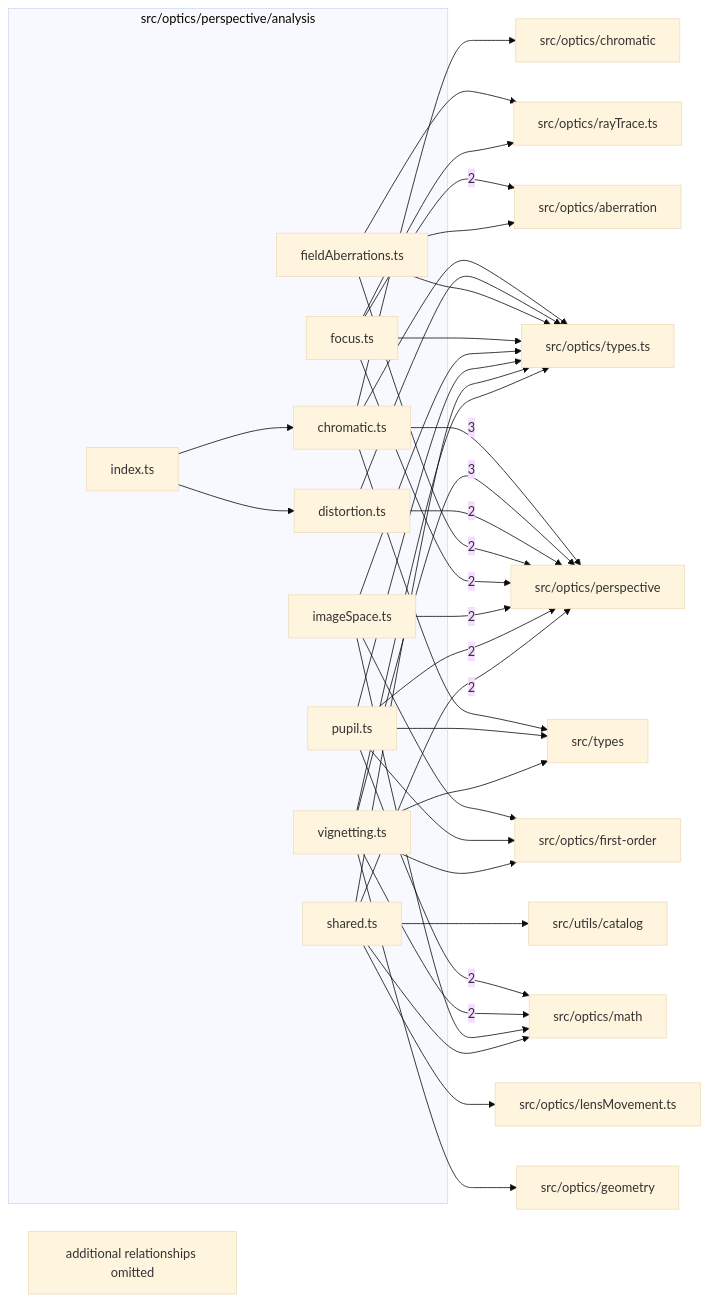
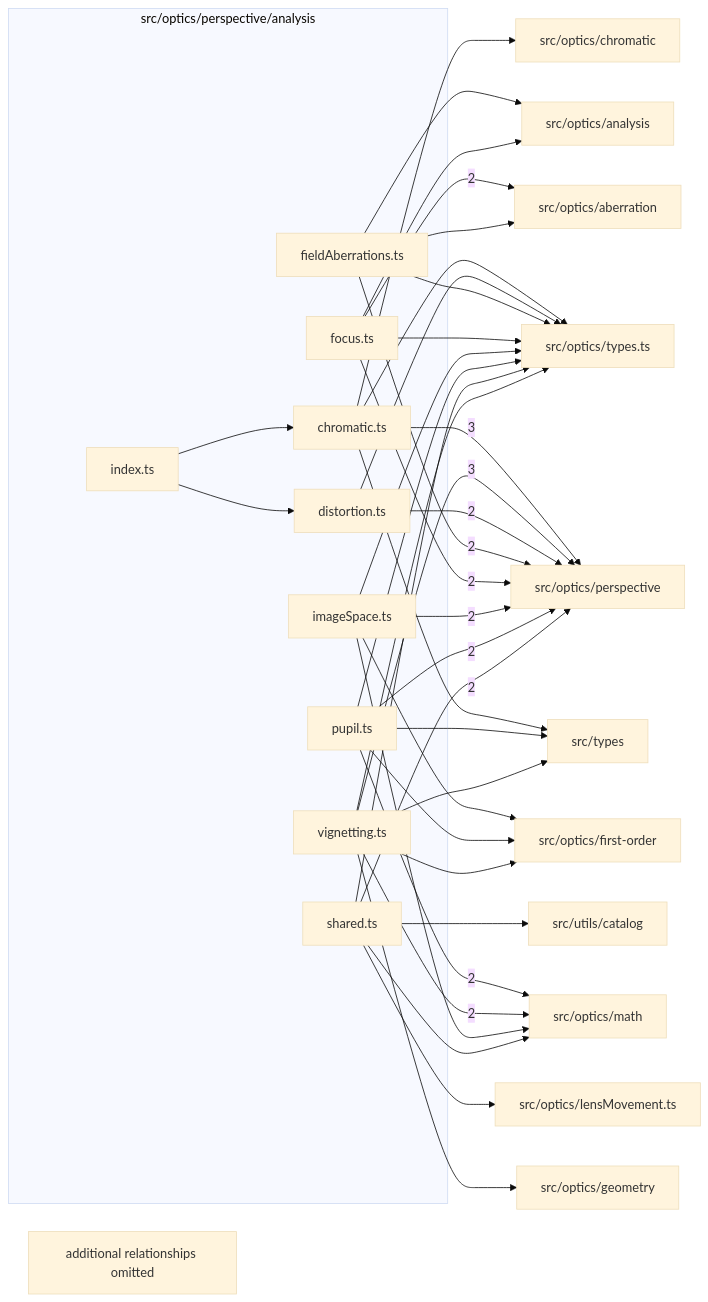
One commit to ronbuening/LensVisualizer changed the diagram in src/optics/perspective/analysis/readme.md. Above: the diagram before and after it, drawn with Mermaid (base theme). The commit also changed other lines of this file and 47 other files, not shown here.

````diff
--- a/src/optics/perspective/analysis/readme.md
+++ b/src/optics/perspective/analysis/readme.md
@@ -9,62 +9,62 @@
 ```mermaid
 flowchart LR
   subgraph n_src_optics_perspective_analysis["src/optics/perspective/analysis"]
     n_src_optics_perspective_analysis_src_optics_perspective_analysis_chromatic_ts["chromatic.ts"]
     n_src_optics_perspective_analysis_src_optics_perspective_analysis_distortion_ts["distortion.ts"]
     n_src_optics_perspective_analysis_src_optics_perspective_analysis_fieldAberrations_ts["fieldAberrations.ts"]
     n_src_optics_perspective_analysis_src_optics_perspective_analysis_focus_ts["focus.ts"]
     n_src_optics_perspective_analysis_src_optics_perspective_analysis_imageSpace_ts["imageSpace.ts"]
     n_src_optics_perspective_analysis_src_optics_perspective_analysis_index_ts["index.ts"]
     n_src_optics_perspective_analysis_src_optics_perspective_analysis_pupil_ts["pupil.ts"]
     n_src_optics_perspective_analysis_src_optics_perspective_analysis_shared_ts["shared.ts"]
     n_src_optics_perspective_analysis_src_optics_perspective_analysis_vignetting_ts["vignetting.ts"]
   end
   n_external_src_optics_perspective["src/optics/perspective"]
   n_external_src_optics_aberration["src/optics/aberration"]
   n_external_src_optics_math["src/optics/math"]
+  n_external_src_optics_analysis["src/optics/analysis"]
   n_external_src_optics_chromatic["src/optics/chromatic"]
   n_external_src_optics_first_order["src/optics/first-order"]
   n_external_src_optics_geometry["src/optics/geometry"]
   n_external_src_optics_lensMovement_ts["src/optics/lensMovement.ts"]
-  n_external_src_optics_rayTrace_ts["src/optics/rayTrace.ts"]
   n_external_src_optics_types_ts["src/optics/types.ts"]
   n_external_src_types["src/types"]
   n_external_src_utils_catalog["src/utils/catalog"]
   n_src_optics_perspective_analysis_src_optics_perspective_analysis_chromatic_ts --> |3| n_external_src_optics_perspective
   n_src_optics_perspective_analysis_src_optics_perspective_analysis_vignetting_ts --> |3| n_external_src_optics_perspective
   n_src_optics_perspective_analysis_src_optics_perspective_analysis_focus_ts --> |2| n_external_src_optics_aberration
   n_src_optics_perspective_analysis_src_optics_perspective_analysis_pupil_ts --> |2| n_external_src_optics_math
   n_src_optics_perspective_analysis_src_optics_perspective_analysis_vignetting_ts --> |2| n_external_src_optics_math
   n_src_optics_perspective_analysis_src_optics_perspective_analysis_distortion_ts --> |2| n_external_src_optics_perspective
   n_src_optics_perspective_analysis_src_optics_perspective_analysis_fieldAberrations_ts --> |2| n_external_src_optics_perspective
   n_src_optics_perspective_analysis_src_optics_perspective_analysis_focus_ts --> |2| n_external_src_optics_perspective
   n_src_optics_perspective_analysis_src_optics_perspective_analysis_imageSpace_ts --> |2| n_external_src_optics_perspective
   n_src_optics_perspective_analysis_src_optics_perspective_analysis_pupil_ts --> |2| n_external_src_optics_perspective
   n_src_optics_perspective_analysis_src_optics_perspective_analysis_shared_ts --> |2| n_external_src_optics_perspective
   n_src_optics_perspective_analysis_src_optics_perspective_analysis_fieldAberrations_ts --> n_external_src_optics_aberration
+  n_src_optics_perspective_analysis_src_optics_perspective_analysis_fieldAberrations_ts --> n_external_src_optics_analysis
+  n_src_optics_perspective_analysis_src_optics_perspective_analysis_focus_ts --> n_external_src_optics_analysis
   n_src_optics_perspective_analysis_src_optics_perspective_analysis_chromatic_ts --> n_external_src_optics_chromatic
   n_src_optics_perspective_analysis_src_optics_perspective_analysis_imageSpace_ts --> n_external_src_optics_first_order
   n_src_optics_perspective_analysis_src_optics_perspective_analysis_pupil_ts --> n_external_src_optics_first_order
   n_src_optics_perspective_analysis_src_optics_perspective_analysis_vignetting_ts --> n_external_src_optics_first_order
   n_src_optics_perspective_analysis_src_optics_perspective_analysis_vignetting_ts --> n_external_src_optics_geometry
   n_src_optics_perspective_analysis_src_optics_perspective_analysis_shared_ts --> n_external_src_optics_lensMovement_ts
   n_src_optics_perspective_analysis_src_optics_perspective_analysis_imageSpace_ts --> n_external_src_optics_math
   n_src_optics_perspective_analysis_src_optics_perspective_analysis_shared_ts --> n_external_src_optics_math
-  n_src_optics_perspective_analysis_src_optics_perspective_analysis_fieldAberrations_ts --> n_external_src_optics_rayTrace_ts
-  n_src_optics_perspective_analysis_src_optics_perspective_analysis_focus_ts --> n_external_src_optics_rayTrace_ts
   n_src_optics_perspective_analysis_src_optics_perspective_analysis_chromatic_ts --> n_external_src_optics_types_ts
   n_src_optics_perspective_analysis_src_optics_perspective_analysis_distortion_ts --> n_external_src_optics_types_ts
   n_src_optics_perspective_analysis_src_optics_perspective_analysis_fieldAberrations_ts --> n_external_src_optics_types_ts
   n_src_optics_perspective_analysis_src_optics_perspective_analysis_focus_ts --> n_external_src_optics_types_ts
   n_src_optics_perspective_analysis_src_optics_perspective_analysis_imageSpace_ts --> n_external_src_optics_types_ts
   n_src_optics_perspective_analysis_src_optics_perspective_analysis_pupil_ts --> n_external_src_optics_types_ts
   n_src_optics_perspective_analysis_src_optics_perspective_analysis_shared_ts --> n_external_src_optics_types_ts
   n_src_optics_perspective_analysis_src_optics_perspective_analysis_vignetting_ts --> n_external_src_optics_types_ts
   n_src_optics_perspective_analysis_src_optics_perspective_analysis_chromatic_ts --> n_external_src_types
   n_src_optics_perspective_analysis_src_optics_perspective_analysis_pupil_ts --> n_external_src_types
   n_src_optics_perspective_analysis_src_optics_perspective_analysis_vignetting_ts --> n_external_src_types
   n_src_optics_perspective_analysis_src_optics_perspective_analysis_shared_ts --> n_external_src_utils_catalog
   n_src_optics_perspective_analysis_src_optics_perspective_analysis_index_ts --> n_src_optics_perspective_analysis_src_optics_perspective_analysis_chromatic_ts
   n_src_optics_perspective_analysis_src_optics_perspective_analysis_index_ts --> n_src_optics_perspective_analysis_src_optics_perspective_analysis_distortion_ts
   n_src_optics_perspective_analysis_truncated["additional relationships omitted"]
 ```
````
